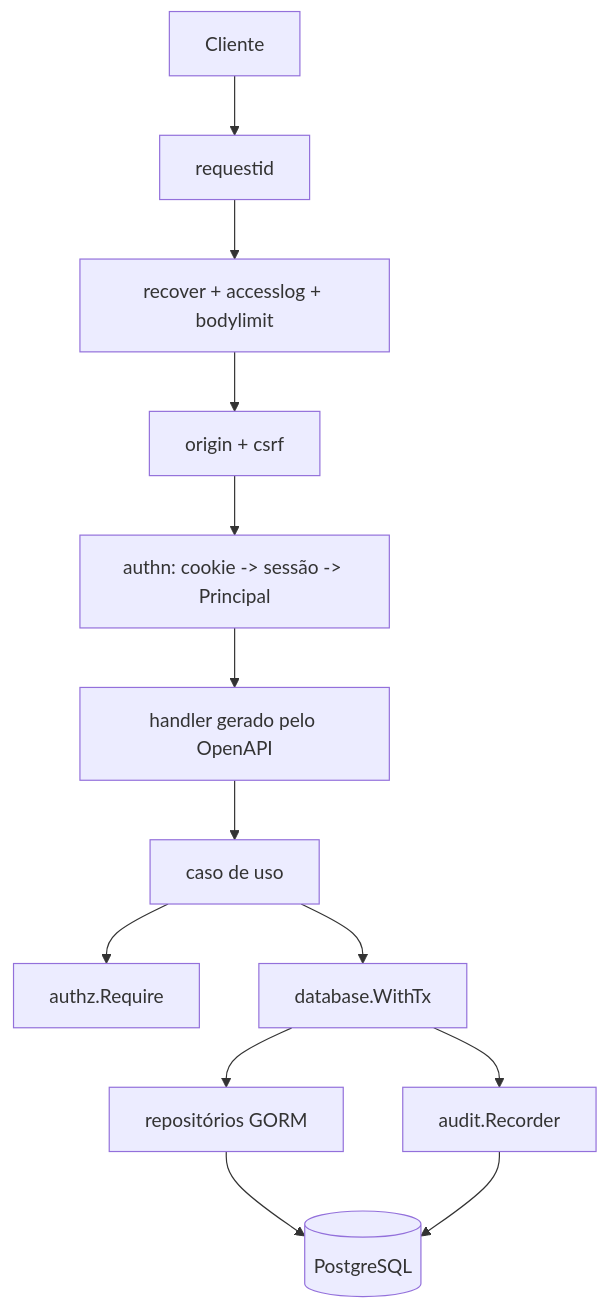
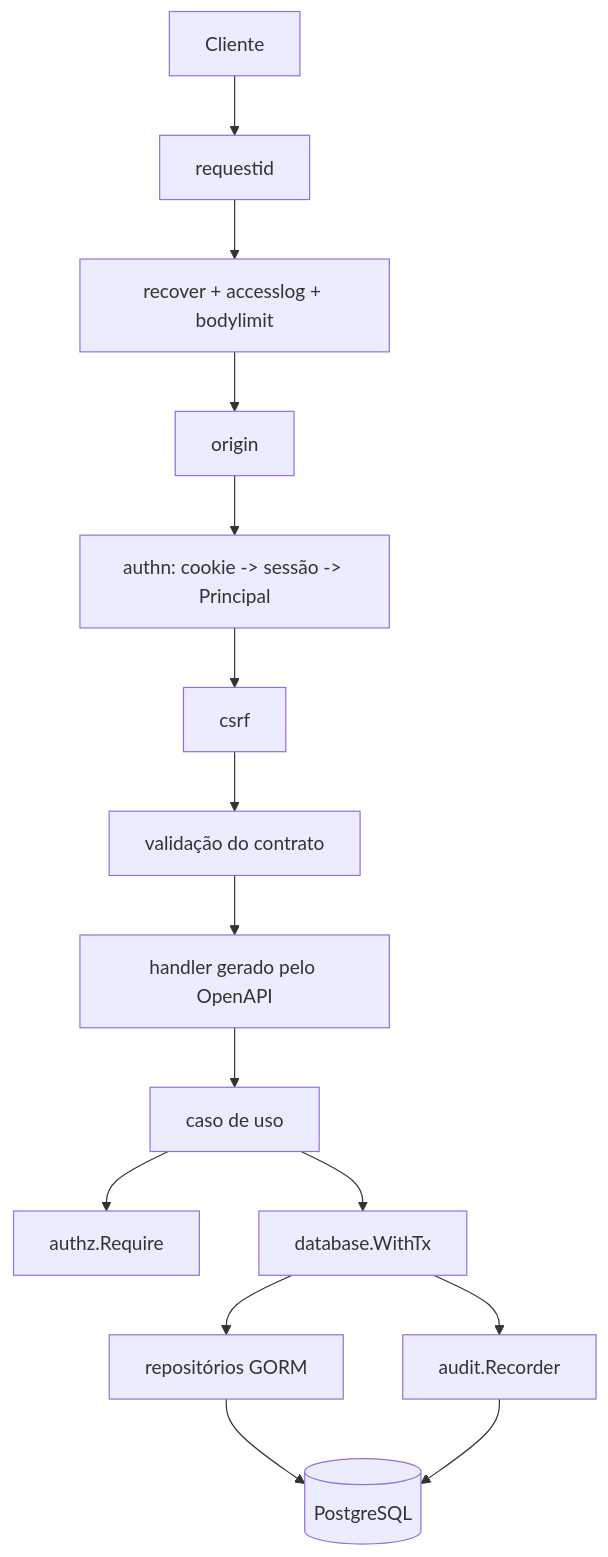
Before and after one commit to antoniobt12062002/torcida-jovem-platform: the first of 3 diagrams in .specs/features/fundacao-core/design.md, drawn with Mermaid. The commit also changed other lines of this file and 29 other files, not shown here.

````diff
--- a/.specs/features/fundacao-core/design.md
+++ b/.specs/features/fundacao-core/design.md
@@ -26,15 +26,17 @@
 ```mermaid
 graph TD
     C[Cliente] --> RID[requestid]
     RID --> REC[recover + accesslog + bodylimit]
-    REC --> ORG[origin + csrf]
+    REC --> ORG[origin]
     ORG --> AUTHN[authn: cookie -> sessão -> Principal]
-    AUTHN --> H[handler gerado pelo OpenAPI]
+    AUTHN --> CSRF[csrf]
+    CSRF --> VAL[validação do contrato]
+    VAL --> H[handler gerado pelo OpenAPI]
     H --> UC[caso de uso]
     UC --> AZ[authz.Require]
     UC --> TX[database.WithTx]
     TX --> REPO[repositórios GORM]
     TX --> AUD[audit.Recorder]
     REPO --> PG[(PostgreSQL)]
     AUD --> PG
 ```
````
